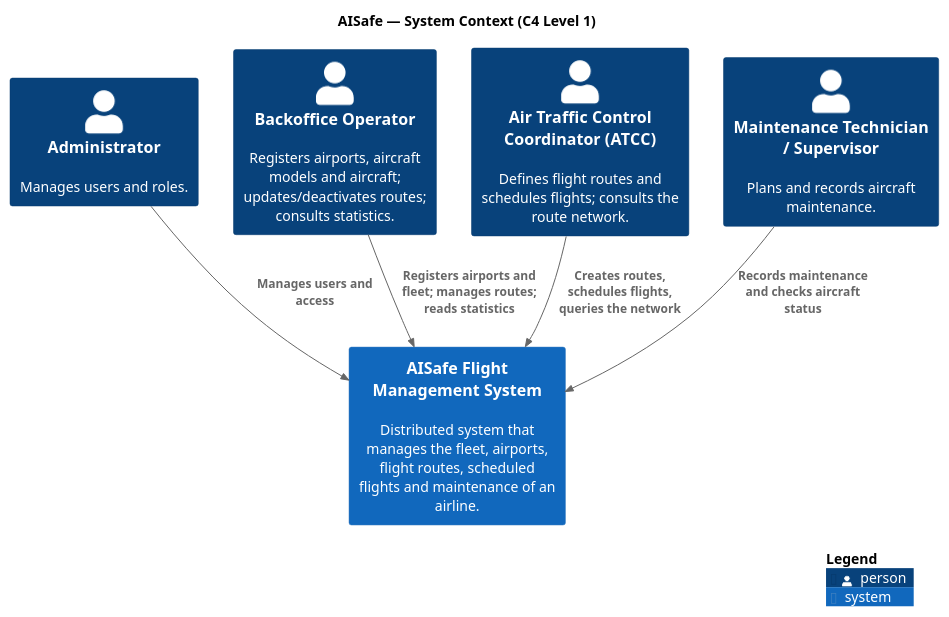
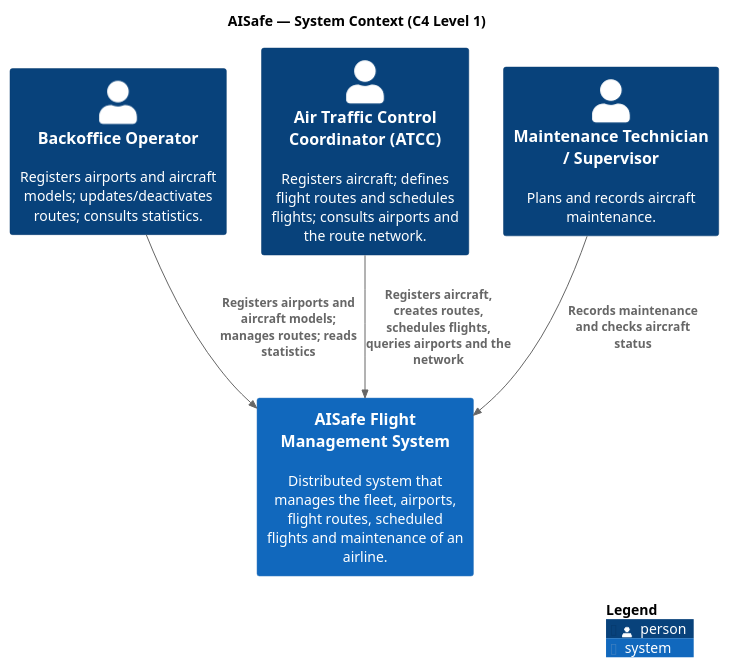
The diagram in docs/1-context/puml/C4-L1-SystemContext.puml (caetanotiago/Project_SIDIS), drawn with PlantUML before and after one commit. The commit also changed 24 other files, not shown here.

```diff
--- a/docs/1-context/puml/C4-L1-SystemContext.puml
+++ b/docs/1-context/puml/C4-L1-SystemContext.puml
@@ -1,19 +1,17 @@
 @startuml C4-L1-SystemContext
 !include <C4/C4_Context>
 LAYOUT_TOP_DOWN()
 title AISafe — System Context (C4 Level 1)
 
-Person(admin, "Administrator", "Manages users and roles.")
-Person(backoffice, "Backoffice Operator", "Registers airports, aircraft models and aircraft; updates/deactivates routes; consults statistics.")
-Person(atcc, "Air Traffic Control Coordinator (ATCC)", "Defines flight routes and schedules flights; consults the route network.")
+Person(backoffice, "Backoffice Operator", "Registers airports and aircraft models; updates/deactivates routes; consults statistics.")
+Person(atcc, "Air Traffic Control Coordinator (ATCC)", "Registers aircraft; defines flight routes and schedules flights; consults airports and the route network.")
 Person(maint, "Maintenance Technician / Supervisor", "Plans and records aircraft maintenance.")
 
 System(aisafe, "AISafe Flight Management System", "Distributed system that manages the fleet, airports, flight routes, scheduled flights and maintenance of an airline.")
 
-Rel(admin, aisafe, "Manages users and access")
-Rel(backoffice, aisafe, "Registers airports and fleet; manages routes; reads statistics")
-Rel(atcc, aisafe, "Creates routes, schedules flights, queries the network")
+Rel(backoffice, aisafe, "Registers airports and aircraft models; manages routes; reads statistics")
+Rel(atcc, aisafe, "Registers aircraft, creates routes, schedules flights, queries airports and the network")
 Rel(maint, aisafe, "Records maintenance and checks aircraft status")
 
 SHOW_LEGEND()
 @enduml
```
